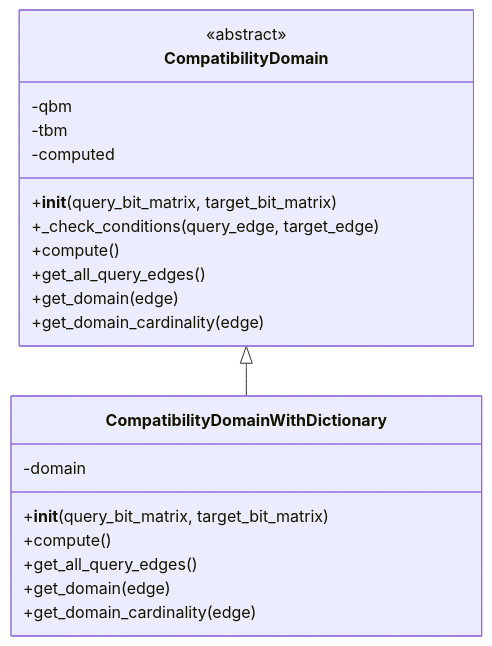
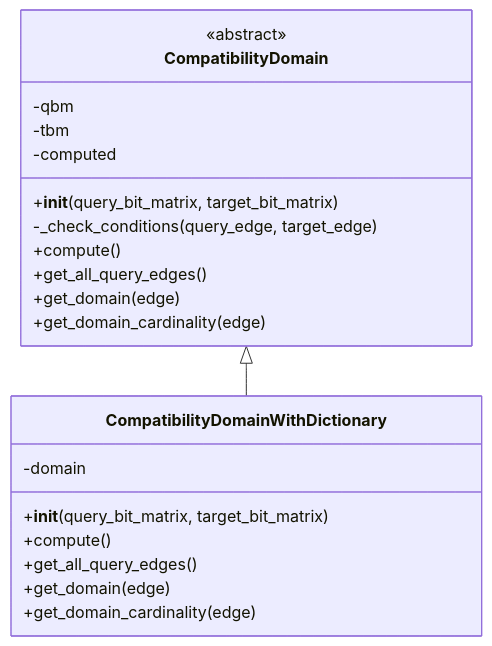
Before and after one commit to Anto188bas/CMiner: the diagram in CompatibilityDomain/uml.mermaid, drawn with Mermaid.

```diff
--- a/CompatibilityDomain/uml.mermaid
+++ b/CompatibilityDomain/uml.mermaid
@@ -1,24 +1,24 @@
 classDiagram
     class CompatibilityDomain {
         <<abstract>>
         -qbm
         -tbm
         -computed
         +__init__(query_bit_matrix, target_bit_matrix)
-        +_check_conditions(query_edge, target_edge)
+        -_check_conditions(query_edge, target_edge)
         +compute()
         +get_all_query_edges()
         +get_domain(edge)
         +get_domain_cardinality(edge)
     }
     class CompatibilityDomainWithDictionary {
         -domain
         +__init__(query_bit_matrix, target_bit_matrix)
         +compute()
         +get_all_query_edges()
         +get_domain(edge)
         +get_domain_cardinality(edge)
     }
 
     CompatibilityDomain
     CompatibilityDomain <|-- CompatibilityDomainWithDictionary
```
